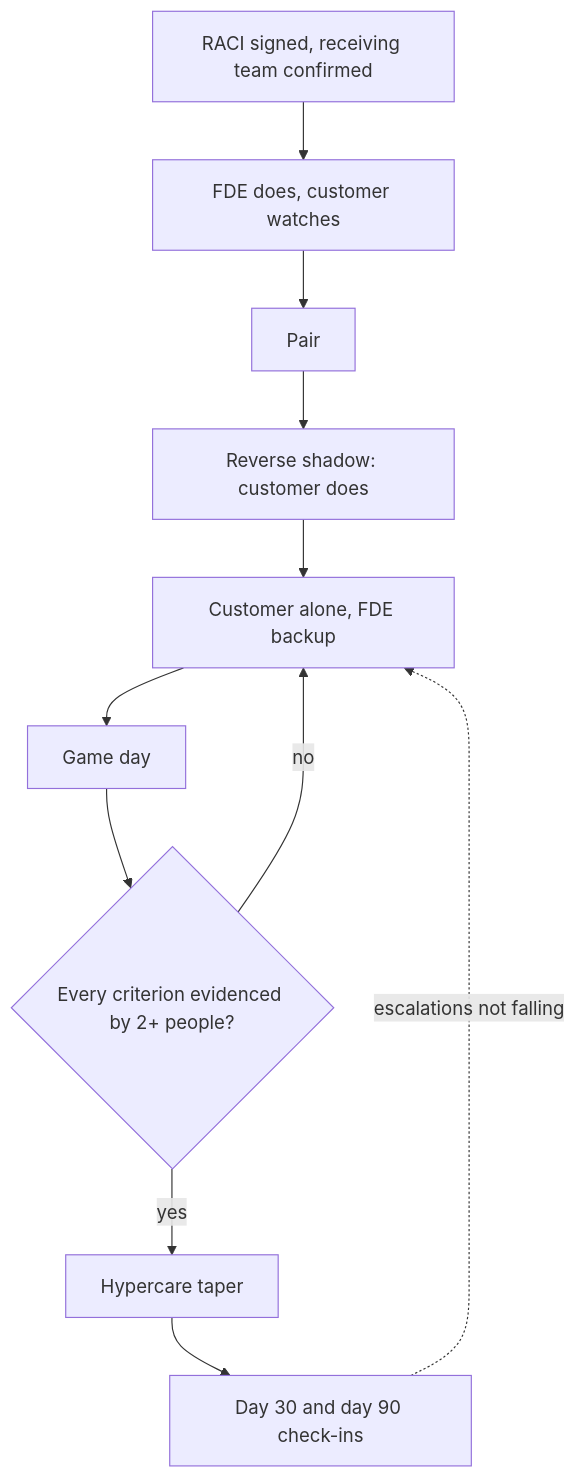
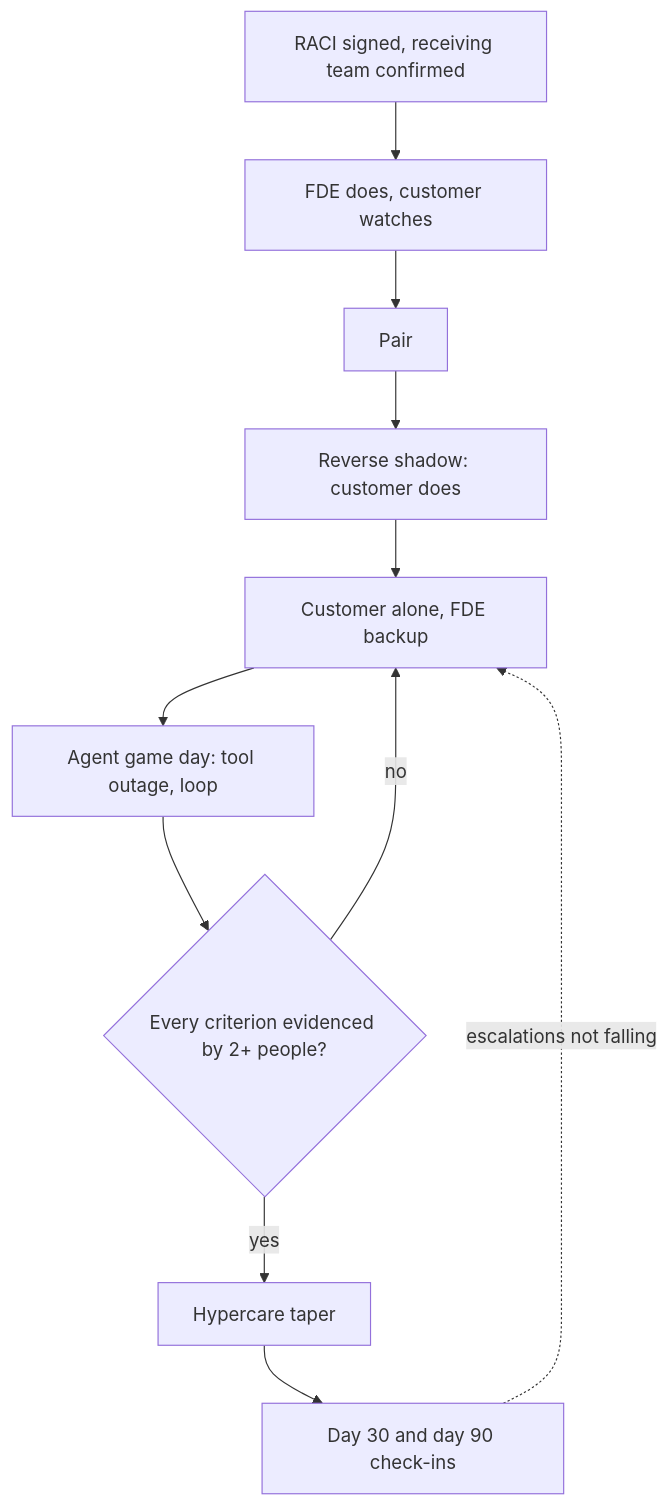
One commit to lovishmahajan97/agentic-learning changed the diagram in content/adoption/handoff-to-customer-teams.md. Above: the diagram before and after it, drawn with Mermaid. The commit also changed other lines of this file and 454 other files, not shown here.

````diff
--- a/content/adoption/handoff-to-customer-teams.md
+++ b/content/adoption/handoff-to-customer-teams.md
@@ -107,13 +130,13 @@
 ```mermaid
 flowchart TD
     R["RACI signed, receiving team confirmed"] --> S1["FDE does, customer watches"]
     S1 --> S2["Pair"]
     S2 --> S3["Reverse shadow: customer does"]
     S3 --> S4["Customer alone, FDE backup"]
-    S4 --> GD["Game day"]
+    S4 --> GD["Agent game day: tool outage, loop"]
     GD --> X{"Every criterion evidenced by 2+ people?"}
     X -->|"no"| S4
     X -->|"yes"| H["Hypercare taper"]
     H --> C["Day 30 and day 90 check-ins"]
     C -.->|"escalations not falling"| S4
 ```
````
